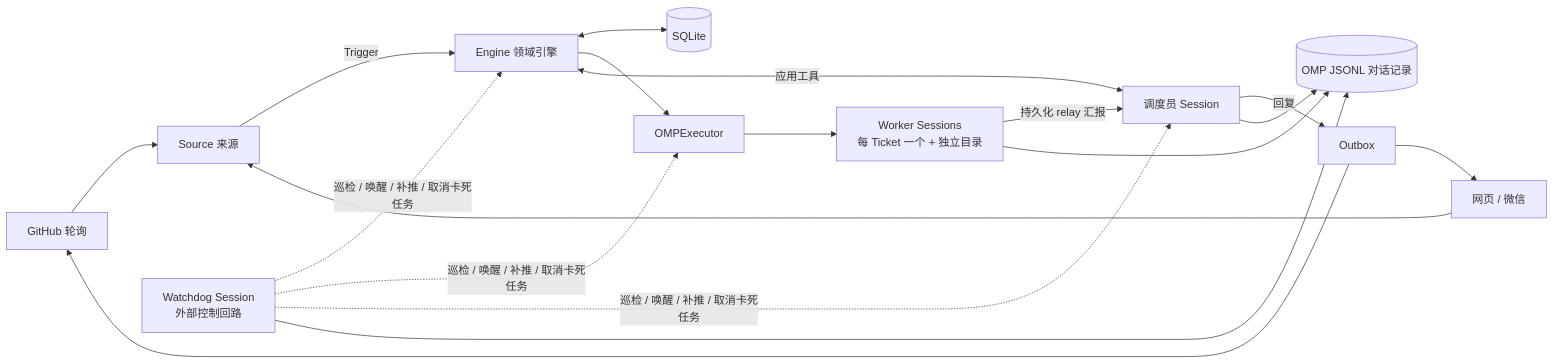
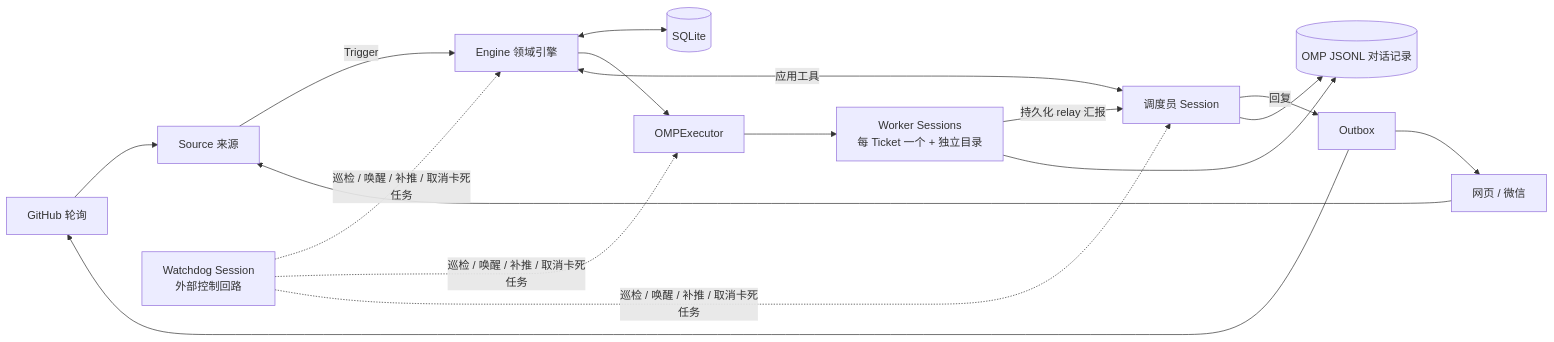
One commit to xbhuang1994/omp-superagent changed the diagram in README.md. Above: the diagram before and after it, drawn with Mermaid. The commit also changed other lines of this file and 8 other files, not shown here.

````diff
--- a/README.md
+++ b/README.md
@@ -70,16 +70,16 @@
 ```mermaid
 flowchart LR
   gh[GitHub 轮询] --> src[Source 来源]
   web[网页 / 微信] --> src
   src -->|Trigger| engine[Engine 领域引擎]
   main[调度员 Session] <-->|应用工具| engine
   engine <--> db[(SQLite)]
   engine --> exec[OMPExecutor]
   exec --> workers[Worker Sessions<br/>每 Ticket 一个 + 独立目录]
   workers -->|持久化 relay 汇报| main
   wd[Watchdog Session<br/>外部控制回路] -.->|巡检 / 唤醒 / 补推 / 取消卡死任务| engine & exec & main
   main -->|回复| outbox[Outbox]
   outbox --> gh
   outbox --> web
-  main & wd & workers --> jsonl[(OMP JSONL 对话记录)]
+  main & workers --> jsonl[(OMP JSONL 对话记录)]
 ```
````
